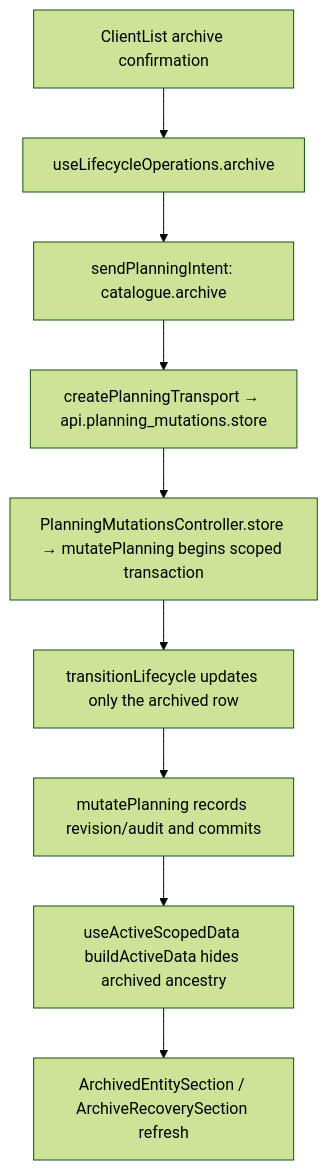
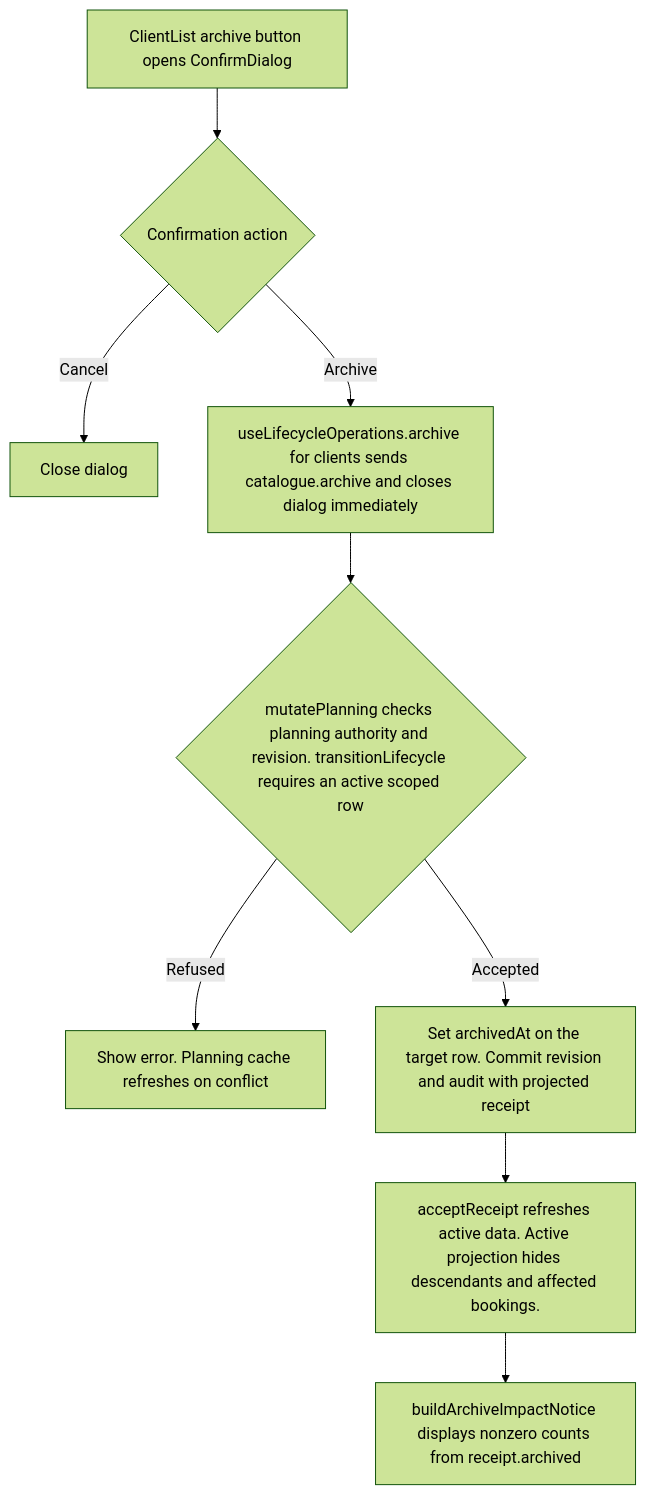
One commit to Kevinjohn/capacitylens changed the second of 2 diagrams in user-stories/clients/US-CLI-03-archive-client.md. Above: the diagram before and after it, drawn with Mermaid (forest theme). The commit also changed other lines of this file and 172 other files, not shown here.

Commit message:
docs: reconcile user story code flows with source

````diff
--- a/user-stories/clients/US-CLI-03-archive-client.md
+++ b/user-stories/clients/US-CLI-03-archive-client.md
@@ -30,7 +30,11 @@
 ```mermaid
 flowchart TD
-  A["ClientList archive confirmation"] --> B["useLifecycleOperations.archive"] --> C["sendPlanningIntent: catalogue.archive"]
-  C --> D["createPlanningTransport → api.planning_mutations.store"] --> E["PlanningMutationsController.store → mutatePlanning begins scoped transaction"]
-  E --> F["transitionLifecycle updates only the archived row"] --> K["mutatePlanning records revision/audit and commits"] --> F2["useActiveScopedData buildActiveData hides archived ancestry"]
-  F2 --> H["ArchivedEntitySection / ArchiveRecoverySection refresh"]
+  ENTRY["ClientList archive button opens ConfirmDialog"] --> CHOICE{"Confirmation action"}
+  CHOICE -->|Cancel| CLOSE["Close dialog"]
+  CHOICE -->|Archive| SEND["useLifecycleOperations.archive for clients sends catalogue.archive and closes dialog immediately"]
+  SEND --> SERVER{"mutatePlanning checks planning authority and revision. transitionLifecycle requires an active scoped row"}
+  SERVER -->|Refused| ERROR["Show error. Planning cache refreshes on conflict"]
+  SERVER -->|Accepted| WRITE["Set archivedAt on the target row. Commit revision and audit with projected receipt"]
+  WRITE --> NEXT["acceptReceipt refreshes active data. Active projection hides descendants and affected bookings."]
+  NEXT --> IMPACT["buildArchiveImpactNotice displays nonzero counts from receipt.archived"]
 ```
````
